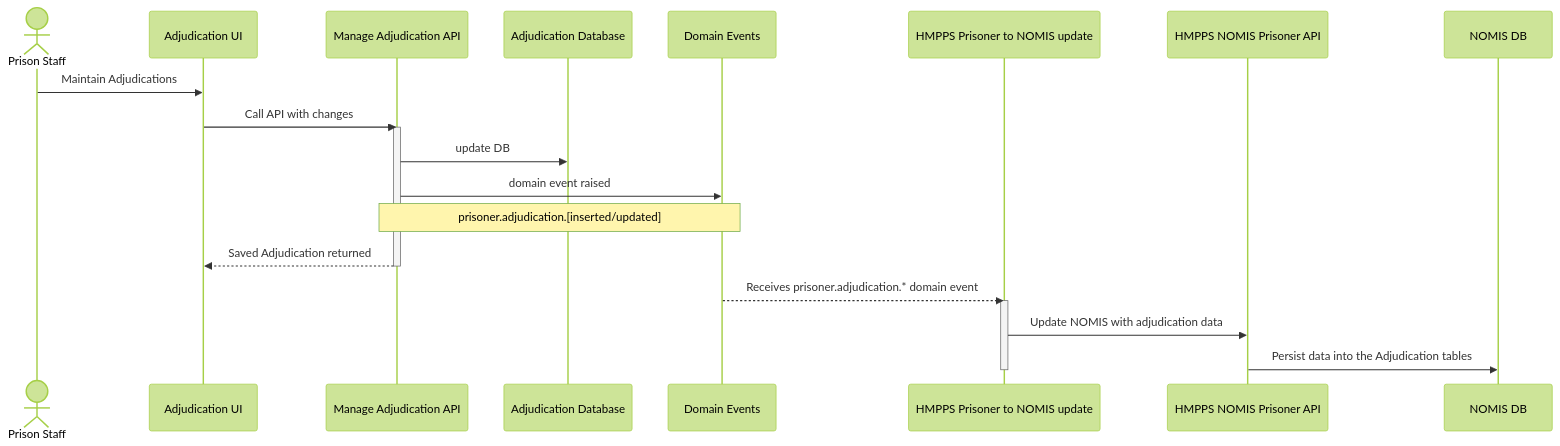
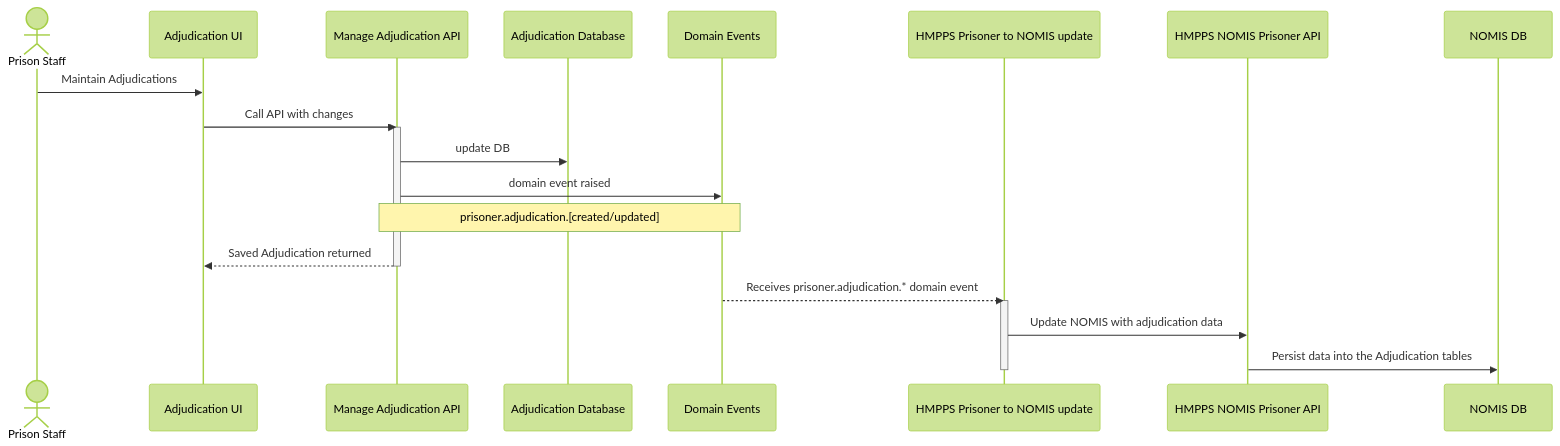
The first of 2 diagrams in doc/architecture/decisions/0002-migration-and-sync-with-NOMIS.md (ministryofjustice/hmpps-manage-adjudications-api), drawn with Mermaid (forest theme) before and after one commit. The commit also changed other lines of this file, not shown here.

````diff
--- a/doc/architecture/decisions/0002-migration-and-sync-with-NOMIS.md
+++ b/doc/architecture/decisions/0002-migration-and-sync-with-NOMIS.md
@@ -24,29 +52,29 @@
 ```mermaid
 sequenceDiagram
 
     actor Prison Staff
     participant Adjudication UI
     participant Manage Adjudication API
     participant Adjudication Database
     participant Domain Events
     participant HMPPS Prisoner to NOMIS update
     participant HMPPS NOMIS Prisoner API
     participant NOMIS DB
 
     Prison Staff ->> Adjudication UI: Maintain Adjudications
     
     Adjudication UI ->> Manage Adjudication API: Call API with changes
     activate Manage Adjudication API
     Manage Adjudication API->>Adjudication Database: update DB
     Manage Adjudication API->>Domain Events: domain event raised
-    Note over Manage Adjudication API,Domain Events: prisoner.adjudication.[inserted/updated]
+    Note over Manage Adjudication API,Domain Events: prisoner.adjudication.[created/updated]
     Manage Adjudication API-->>Adjudication UI: Saved Adjudication returned
     deactivate Manage Adjudication API
     
     Domain Events-->>HMPPS Prisoner to NOMIS update: Receives prisoner.adjudication.* domain event
     activate HMPPS Prisoner to NOMIS update
     HMPPS Prisoner to NOMIS update->>HMPPS NOMIS Prisoner API: Update NOMIS with adjudication data
     HMPPS NOMIS Prisoner API ->> NOMIS DB: Persist data into the Adjudication tables
     deactivate HMPPS Prisoner to NOMIS update
 
 ```
````
